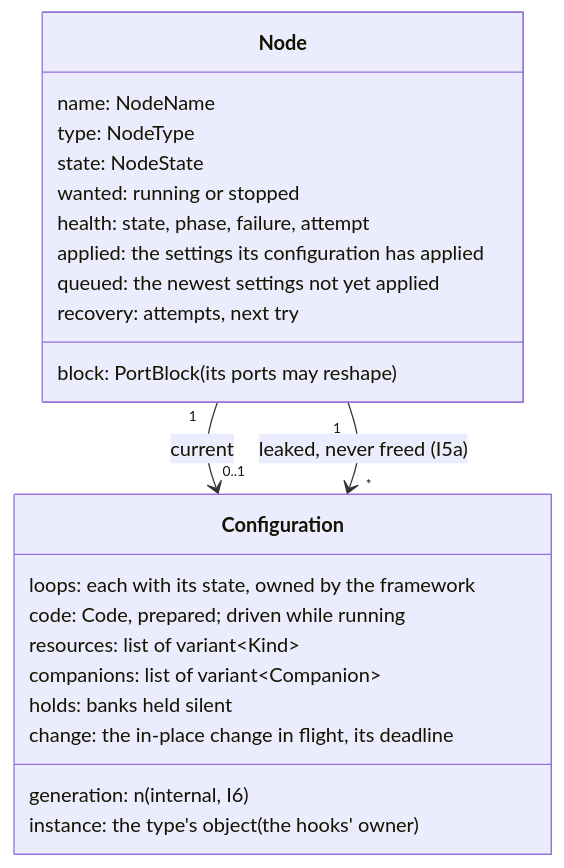
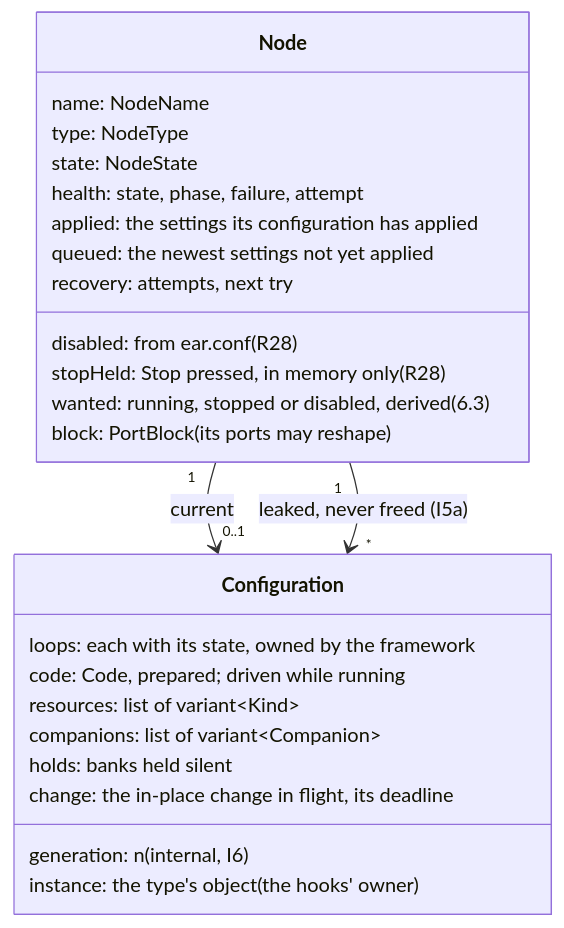
One commit to mcurcio/ear changed the second of 4 diagrams in docs/design/node-framework.md. Above: the diagram before and after it, drawn with Mermaid. The commit also changed other lines of this file and 2 other files, not shown here.

First line of the commit message:
docs(design): record the owner's answers on stop, disable, meters and faders

````diff
--- a/docs/design/node-framework.md
+++ b/docs/design/node-framework.md
@@ -249,26 +269,28 @@
 ```mermaid
 classDiagram
   class Node {
     name: NodeName
     type: NodeType
     state: NodeState
-    wanted: running or stopped
+    disabled: from ear.conf (R28)
+    stopHeld: Stop pressed, in memory only (R28)
+    wanted: running, stopped or disabled, derived (6.3)
     health: state, phase, failure, attempt
     block: PortBlock (its ports may reshape)
     applied: the settings its configuration has applied
     queued: the newest settings not yet applied
     recovery: attempts, next try
   }
   class Configuration {
     generation: n (internal, I6)
     instance: the type's object (the hooks' owner)
     loops: each with its state, owned by the framework
     code: Code, prepared; driven while running
     resources: list of variant~Kind~
     companions: list of variant~Companion~
     holds: banks held silent
     change: the in-place change in flight, its deadline
   }
   Node "1" --> "0..1" Configuration : current
   Node "1" --> "*" Configuration : leaked, never freed (I5a)
 ```
````
